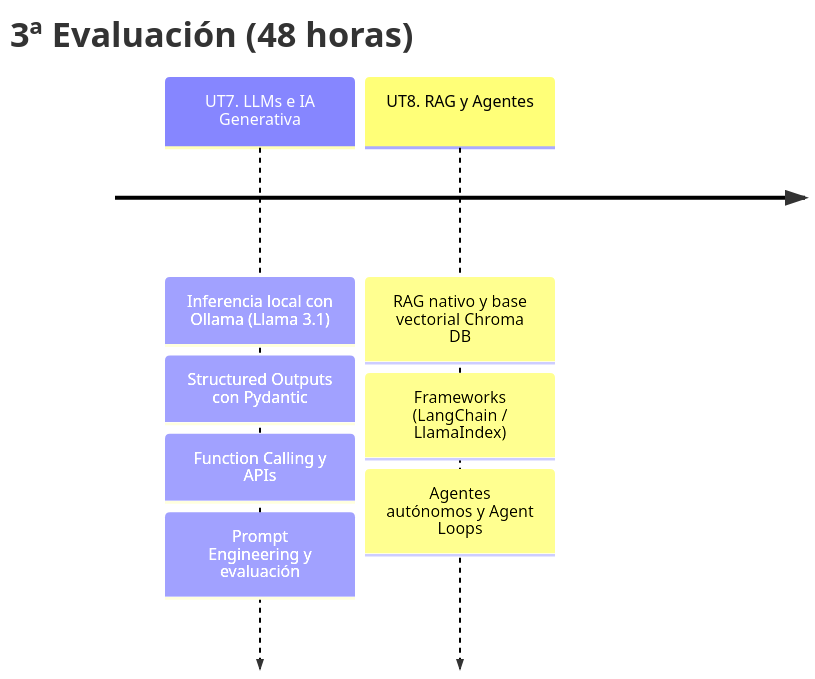
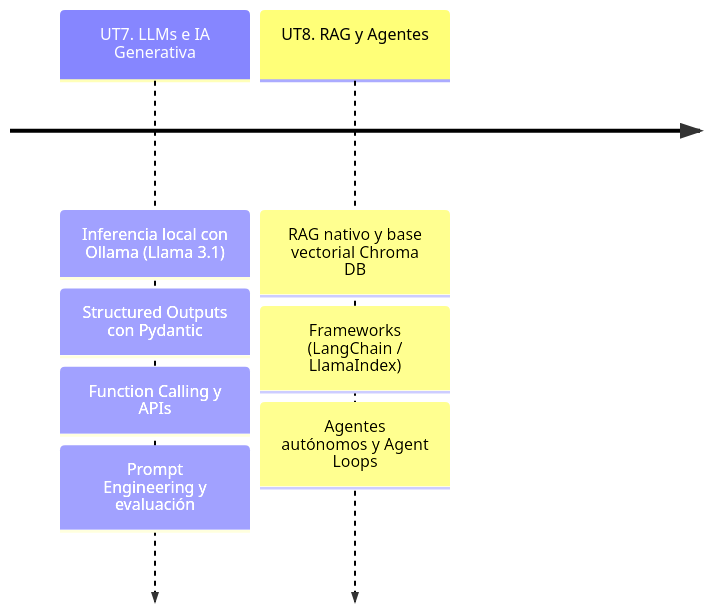
One commit to acamarac02/DevTacora changed the third of 3 diagrams in docs/02_pia_2627/index.md. Above: the diagram before and after it, drawn with Mermaid. The commit also changed other lines of this file and 48 other files, not shown here.

````diff
--- a/docs/02_pia_2627/index.md
+++ b/docs/02_pia_2627/index.md
@@ -102,17 +100,16 @@
 ```mermaid
 ---
 config:
   theme: default
 ---
 timeline
-    title 3ª Evaluación (48 horas)
     UT7. LLMs e IA Generativa
       : Inferencia local con Ollama (Llama 3.1)
       : Structured Outputs con Pydantic
       : Function Calling y APIs
       : Prompt Engineering y evaluación
     UT8. RAG y Agentes
       : RAG nativo y base vectorial Chroma DB
       : Frameworks (LangChain / LlamaIndex)
       : Agentes autónomos y Agent Loops
 ```
````
